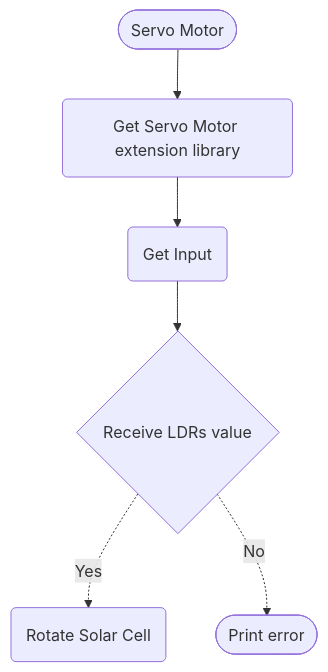
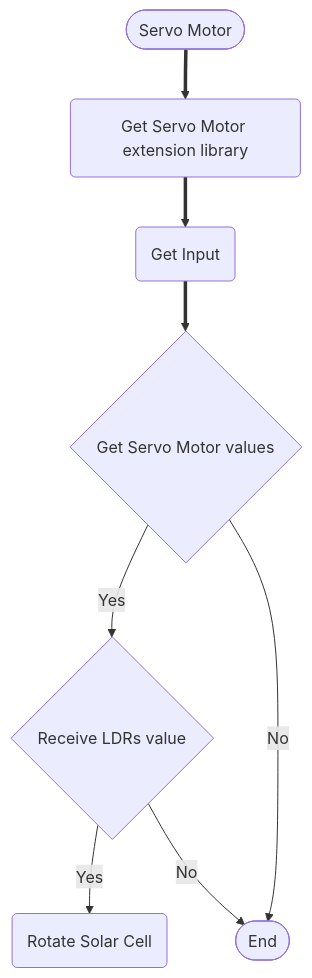
One commit to Glovania/Solar-Panel-SmartDevice changed the second of 2 diagrams in logic.md. Above: the diagram before and after it, drawn with Mermaid. The commit also changed other lines of this file, not shown here.

````diff
--- a/logic.md
+++ b/logic.md
@@ -21,14 +25,19 @@
 ```mermaid
 flowchart TD
 %% Comment
     Start([Servo Motor])
     GetServoMotorExtensionLibrary(Get Servo Motor extension library)
     InputServoMotor(Get Input)
+    GetServoMotorValues{Get Servo Motor values}
     ReceiveLDRsValue{Receive LDRs value}
     SpinTheSolarCell(Rotate Solar Cell)
-    PrintOutError([Print error])
+    End([End])
 
-    Start --> GetServoMotorExtensionLibrary --> InputServoMotor --> ReceiveLDRsValue
-    ReceiveLDRsValue -.-> |Yes| SpinTheSolarCell
-    ReceiveLDRsValue -.-> |No| PrintOutError
+    Start ==> GetServoMotorExtensionLibrary ==> InputServoMotor ==> GetServoMotorValues
+    
+    ReceiveLDRsValue --> |Yes| SpinTheSolarCell
+    ReceiveLDRsValue --> |No| End
+
+    GetServoMotorValues --> |Yes| ReceiveLDRsValue
+    GetServoMotorValues --> |No| End
 ```
````
